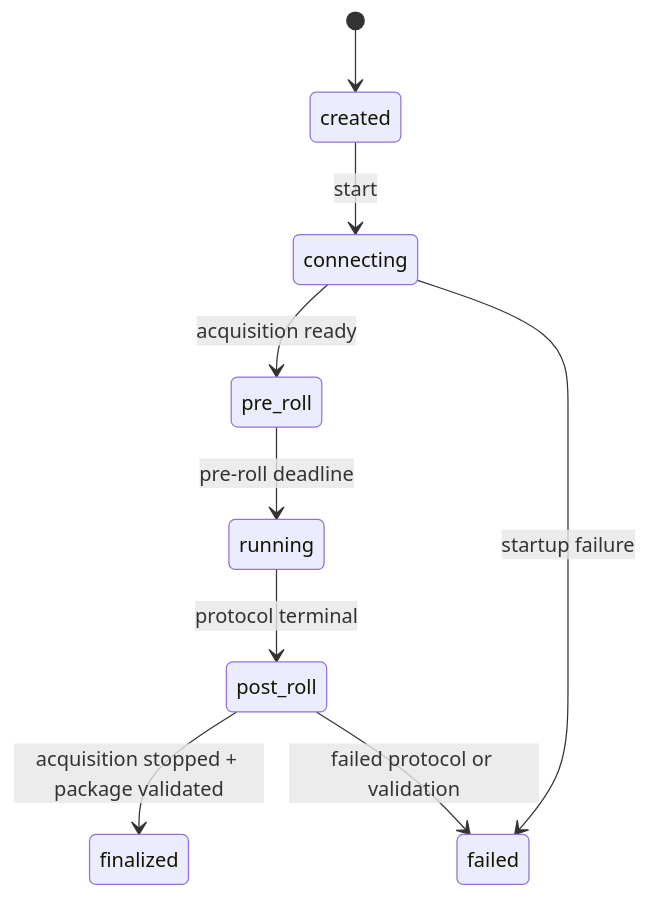
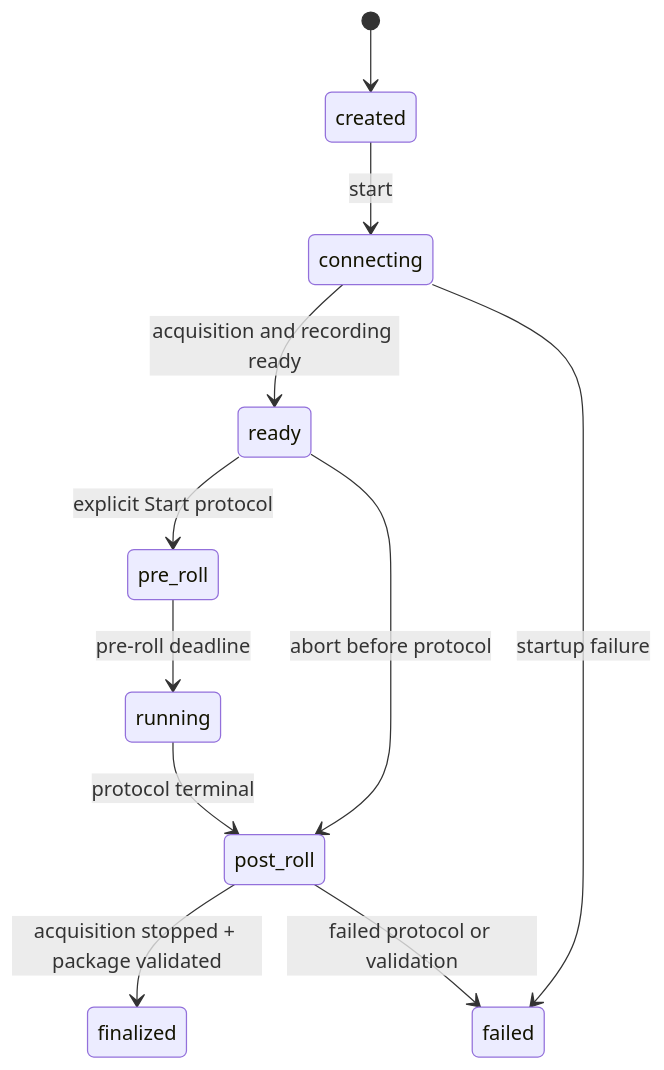
One commit to JanisPeksa/BCI changed the second of 2 diagrams in docs/imagined-speech/architecture/experimenter-workflow.md. Above: the diagram before and after it, drawn with Mermaid. The commit also changed other lines of this file and 16 other files, not shown here.

````diff
--- a/docs/imagined-speech/architecture/experimenter-workflow.md
+++ b/docs/imagined-speech/architecture/experimenter-workflow.md
@@ -62,11 +68,13 @@
 ```mermaid
 stateDiagram-v2
     [*] --> created
     created --> connecting: start
-    connecting --> pre_roll: acquisition ready
+    connecting --> ready: acquisition and recording ready
     connecting --> failed: startup failure
+    ready --> pre_roll: explicit Start protocol
+    ready --> post_roll: abort before protocol
     pre_roll --> running: pre-roll deadline
     running --> post_roll: protocol terminal
     post_roll --> finalized: acquisition stopped + package validated
     post_roll --> failed: failed protocol or validation
 ```
````
